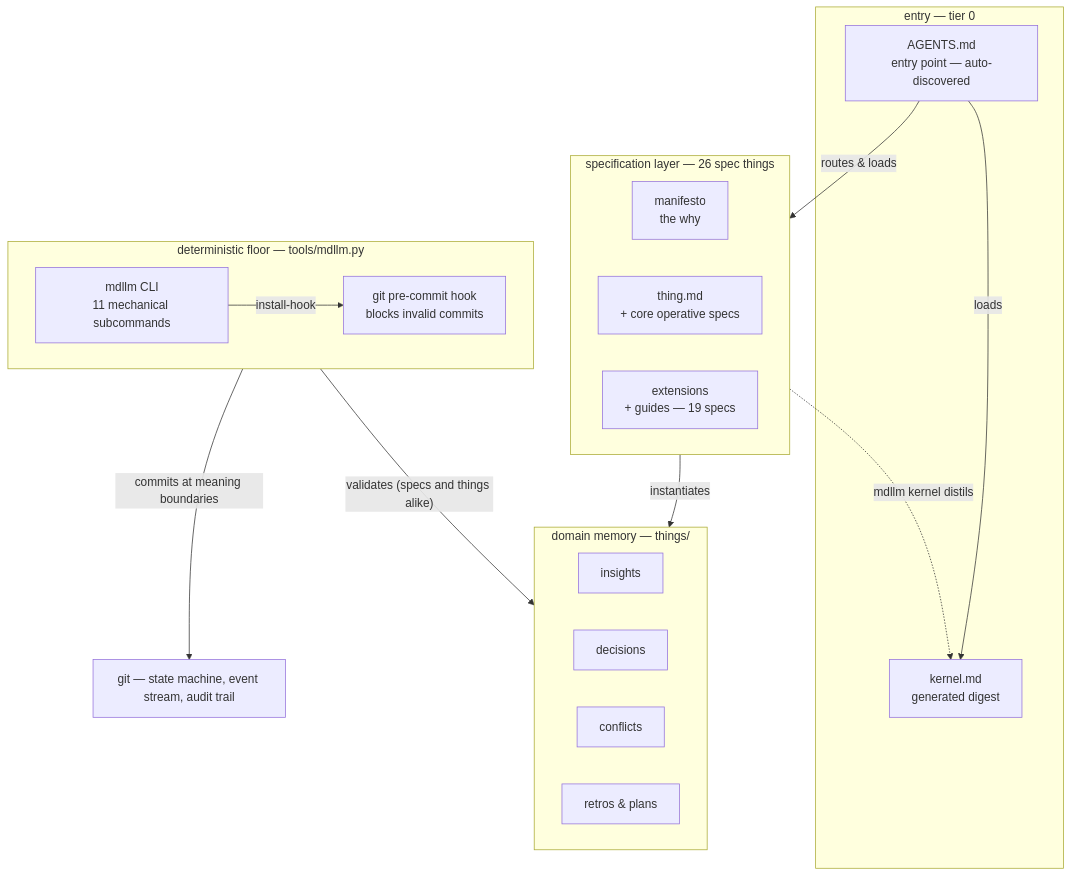
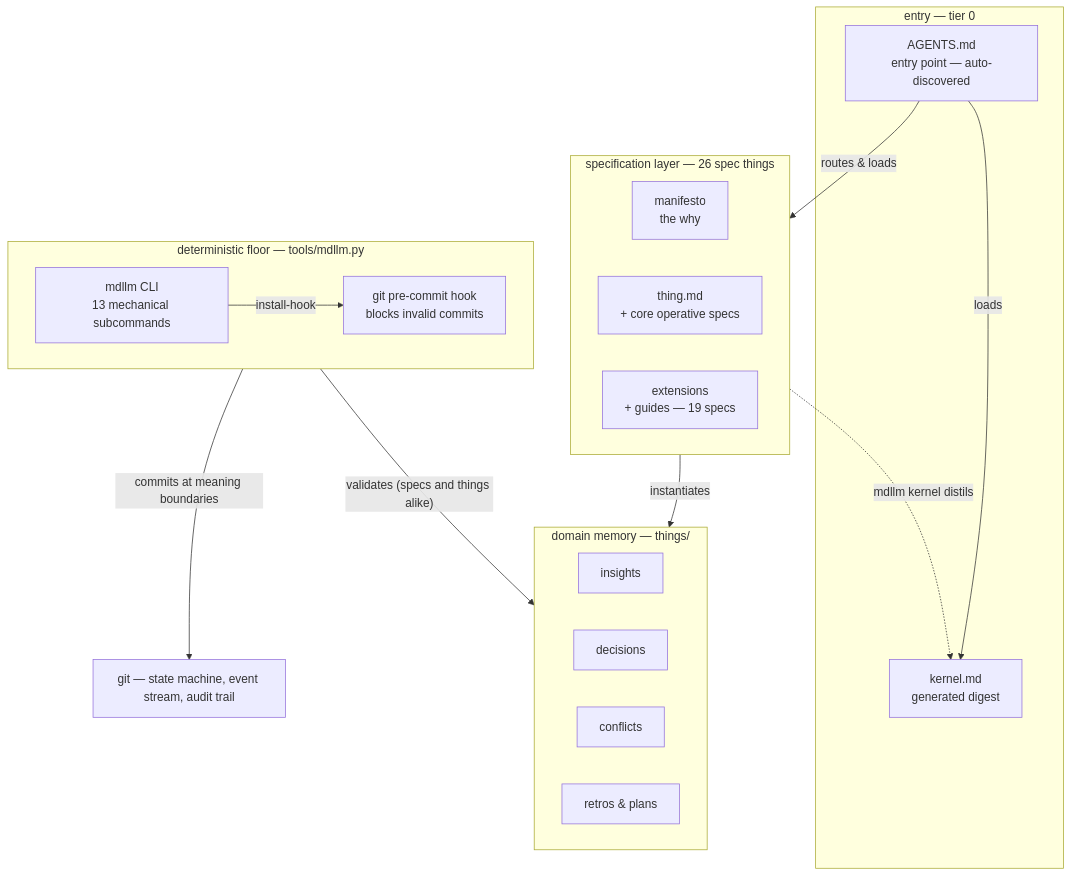
Before and after one commit to JanoshMoshiri/MarkdownLLM: the first of 3 diagrams in framework-map.md, drawn with Mermaid. The commit also changed other lines of this file and 12 other files, not shown here.

````diff
--- a/framework-map.md
+++ b/framework-map.md
@@ -51,31 +51,31 @@
 ```mermaid
 flowchart TD
     subgraph entry ["entry — tier 0"]
         AGENTS["AGENTS.md<br/>entry point — auto-discovered"]
         KERNEL["kernel.md<br/>generated digest"]
     end
     subgraph specs ["specification layer — 26 spec things"]
         MANIFESTO["manifesto<br/>the why"]
         THING["thing.md<br/>+ core operative specs"]
         EXT["extensions<br/>+ guides — 19 specs"]
     end
     subgraph memory ["domain memory — things/"]
         INSIGHTS["insights"]
         DECISIONS["decisions"]
         CONFLICTS["conflicts"]
         RETROS["retros & plans"]
     end
     subgraph floor ["deterministic floor — tools/mdllm.py"]
-        MDLLM["mdllm CLI<br/>11 mechanical subcommands"]
+        MDLLM["mdllm CLI<br/>13 mechanical subcommands"]
         HOOK["git pre-commit hook<br/>blocks invalid commits"]
     end
     GIT["git — state machine, event stream, audit trail"]
 
     AGENTS -->|loads| KERNEL
     AGENTS -->|routes & loads| specs
     specs -.->|"mdllm kernel distils"| KERNEL
     specs -->|instantiates| memory
     MDLLM -->|install-hook| HOOK
     floor -->|"validates (specs and things alike)"| memory
     floor -->|commits at meaning boundaries| GIT
 ```
````
